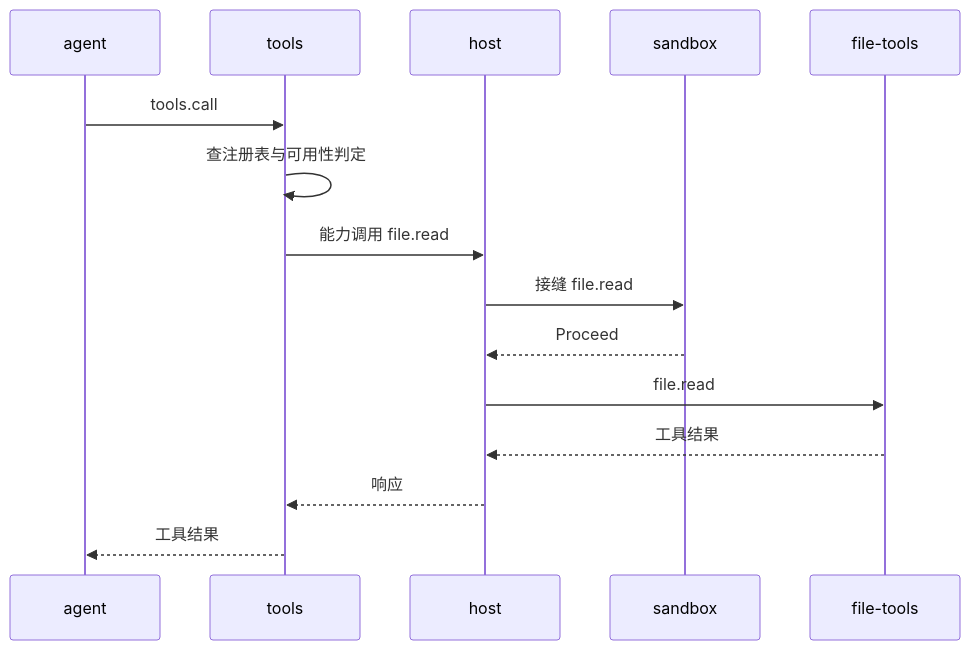
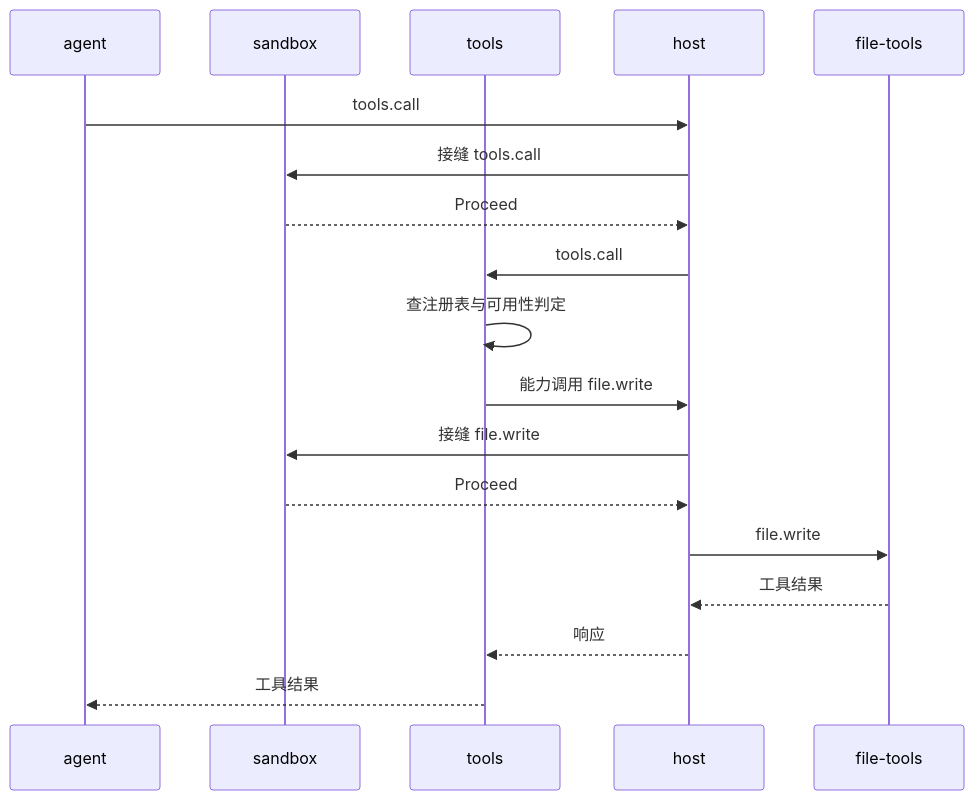
Before and after one commit to Alphazer01214/my-go-lite-agent: the second of 2 diagrams in docs/design/plugins/05-tools.md, drawn with Mermaid. The commit also changed other lines of this file and 46 other files, not shown here.

````diff
--- a/docs/design/plugins/05-tools.md
+++ b/docs/design/plugins/05-tools.md
@@ -309,17 +309,20 @@
 ```mermaid
 sequenceDiagram
     participant A as agent
+    participant S as sandbox
     participant T as tools
     participant H as host
-    participant S as sandbox
     participant F as file-tools
-    A->>T: tools.call
+    A->>H: tools.call
+    H->>S: 接缝 tools.call
+    S-->>H: Proceed
+    H->>T: tools.call
     T->>T: 查注册表与可用性判定
-    T->>H: 能力调用 file.read
-    H->>S: 接缝 file.read
+    T->>H: 能力调用 file.write
+    H->>S: 接缝 file.write
     S-->>H: Proceed
-    H->>F: file.read
+    H->>F: file.write
     F-->>H: 工具结果
     H-->>T: 响应
     T-->>A: 工具结果
 ```
````
